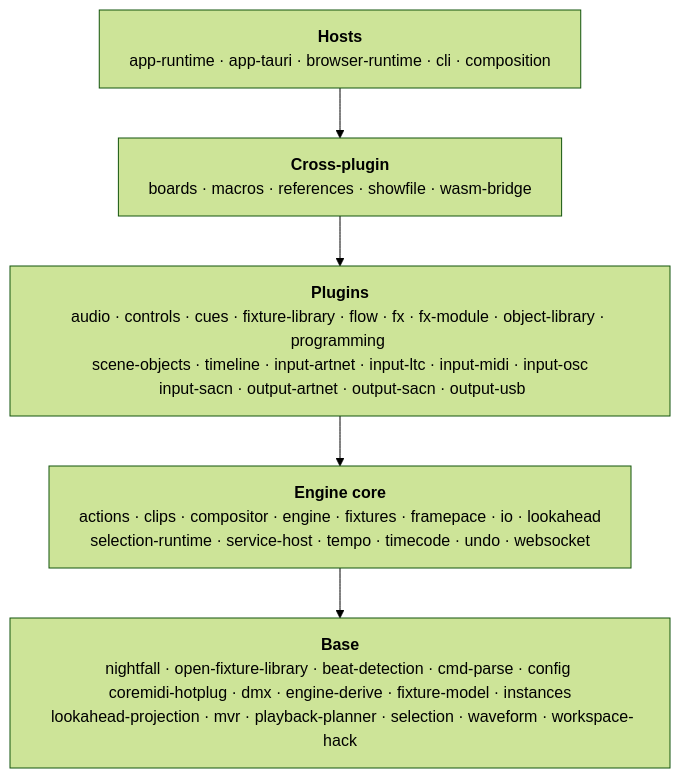
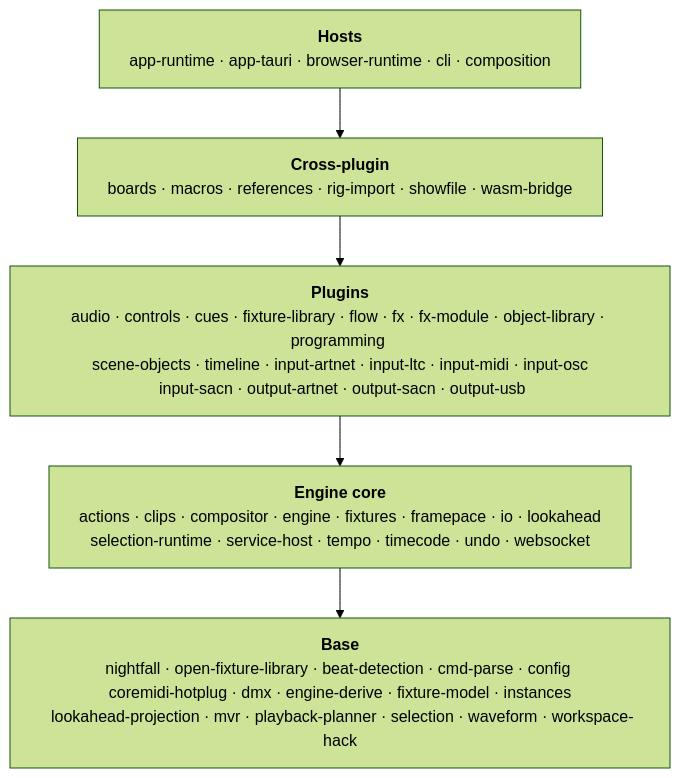
One commit to stewartadam/nightfall-lightdesk changed the diagram in docs/internal/src/architecture/crate-map.md. Above: the diagram before and after it, drawn with Mermaid (forest theme). The commit also changed other lines of this file and 25 other files, not shown here.

First line of the commit message:
feat(engine:rig-import): import fixtures from MVR files

````diff
--- a/docs/internal/src/architecture/crate-map.md
+++ b/docs/internal/src/architecture/crate-map.md
@@ -13,16 +13,16 @@
 ```mermaid
 ---
 config:
   flowchart:
     wrappingWidth: 600
 ---
 flowchart TB
   accTitle: Crate layers, their crates, and allowed dependencies
   accDescr: Five layers from hosts down to base, each listing its crates. Each layer may depend on any layer below it. Plugin crates may not depend on other plugin crates.
   hosts["<b>Hosts</b><br/>app-runtime · app-tauri · browser-runtime · cli · composition"]
-  crossPlugin["<b>Cross-plugin</b><br/>boards · macros · references · showfile · wasm-bridge"]
+  crossPlugin["<b>Cross-plugin</b><br/>boards · macros · references · rig-import · showfile · wasm-bridge"]
   plugins["<b>Plugins</b><br/>audio · controls · cues · fixture-library · flow · fx · fx-module · object-library · programming <br/> scene-objects · timeline · input-artnet · input-ltc · input-midi · input-osc <br /> input-sacn · output-artnet · output-sacn · output-usb"]
   engineCore["<b>Engine core</b><br/>actions · clips · compositor · engine · fixtures · framepace · io · lookahead <br /> selection-runtime · service-host · tempo · timecode · undo · websocket"]
   base["<b>Base</b><br/>nightfall · open-fixture-library · beat-detection · cmd-parse · config <br /> coremidi-hotplug · dmx · engine-derive · fixture-model · instances <br /> lookahead-projection · mvr · playback-planner · selection · waveform · workspace-hack"]
   hosts --> crossPlugin --> plugins --> engineCore --> base
 ```
````
